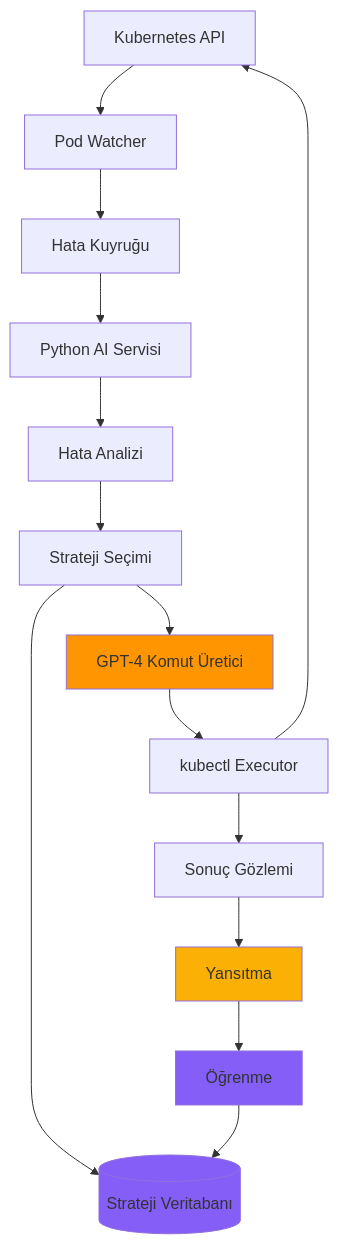
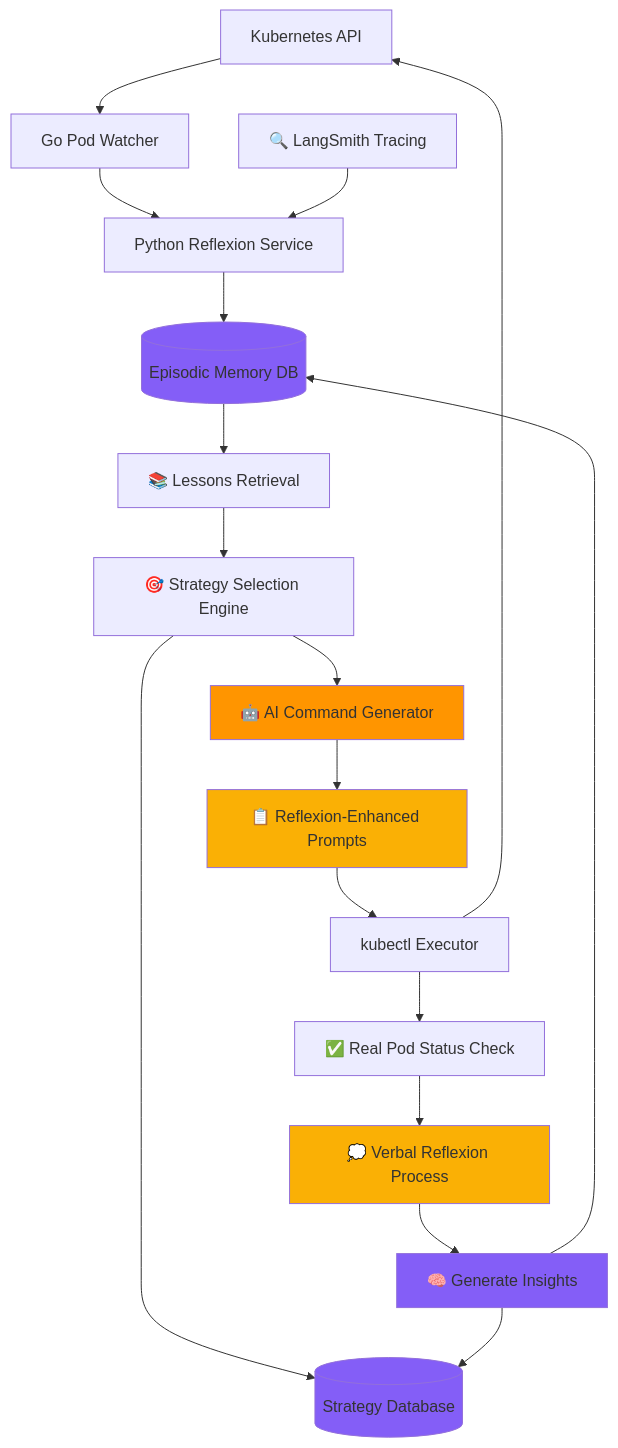
The second of 3 diagrams in k8s-real-integration/README.md (mmsuerkan/kubernetes-thesis), drawn with Mermaid before and after one commit. The commit also changed other lines of this file, not shown here.

First line of the commit message:
docs: Update README with Reflexion Pattern implementation and current system status

````diff
--- a/k8s-real-integration/README.md
+++ b/k8s-real-integration/README.md
@@ -75,23 +97,31 @@
 ```mermaid
 graph TB
-    K8S[Kubernetes API] --> WATCHER[Pod Watcher]
-    WATCHER --> ERROR_Q[Hata Kuyruğu]
-    ERROR_Q --> FASTAPI[Python AI Servisi]
+    K8S[Kubernetes API] --> WATCHER[Go Pod Watcher]
+    WATCHER --> FASTAPI[Python Reflexion Service]
     
-    FASTAPI --> ANALYZE[Hata Analizi]
-    ANALYZE --> STRATEGY[Strateji Seçimi]  
-    STRATEGY --> GPT4[GPT-4 Komut Üretici]
-    GPT4 --> EXECUTOR[kubectl Executor]
+    FASTAPI --> EPISODIC[(Episodic Memory DB)]
+    EPISODIC --> LESSONS[📚 Lessons Retrieval]
+    LESSONS --> STRATEGY[🎯 Strategy Selection Engine]
+    
+    STRATEGY --> STRATEGIES[(Strategy Database)]
+    STRATEGY --> GPT[🤖 AI Command Generator]
+    GPT --> AUGMENTED[📋 Reflexion-Enhanced Prompts]
+    
+    AUGMENTED --> EXECUTOR[kubectl Executor]
     EXECUTOR --> K8S
+    EXECUTOR --> VALIDATION[✅ Real Pod Status Check]
     
-    STRATEGY --> SQLITE[(Strateji Veritabanı)]
-    EXECUTOR --> OBSERVE[Sonuç Gözlemi]
-    OBSERVE --> REFLECT[Yansıtma]
-    REFLECT --> LEARN[Öğrenme]
-    LEARN --> SQLITE
+    VALIDATION --> REFLEXION[💭 Verbal Reflexion Process]
+    REFLEXION --> INSIGHTS[🧠 Generate Insights]
+    INSIGHTS --> EPISODIC
+    INSIGHTS --> STRATEGIES
     
-    style REFLECT fill:#fab005
-    style LEARN fill:#845ef7
-    style GPT4 fill:#ff9500
-    style SQLITE fill:#845ef7
+    LANGSMITH[🔍 LangSmith Tracing] --> FASTAPI
+    
+    style REFLEXION fill:#fab005
+    style INSIGHTS fill:#845ef7
+    style EPISODIC fill:#845ef7
+    style STRATEGIES fill:#845ef7
+    style GPT fill:#ff9500
+    style AUGMENTED fill:#fab005
 ```
````
